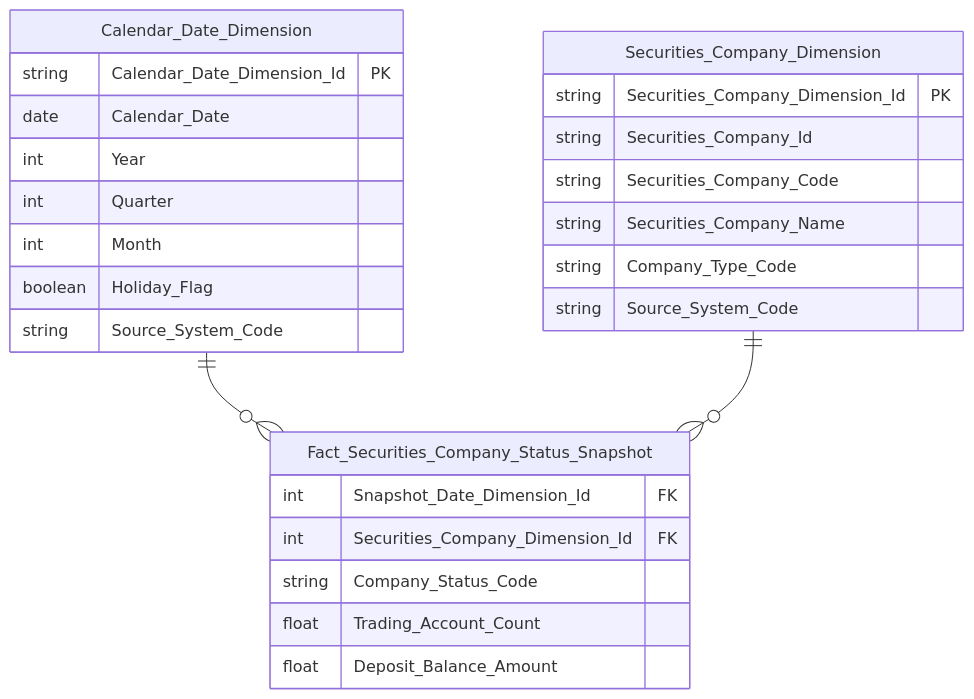
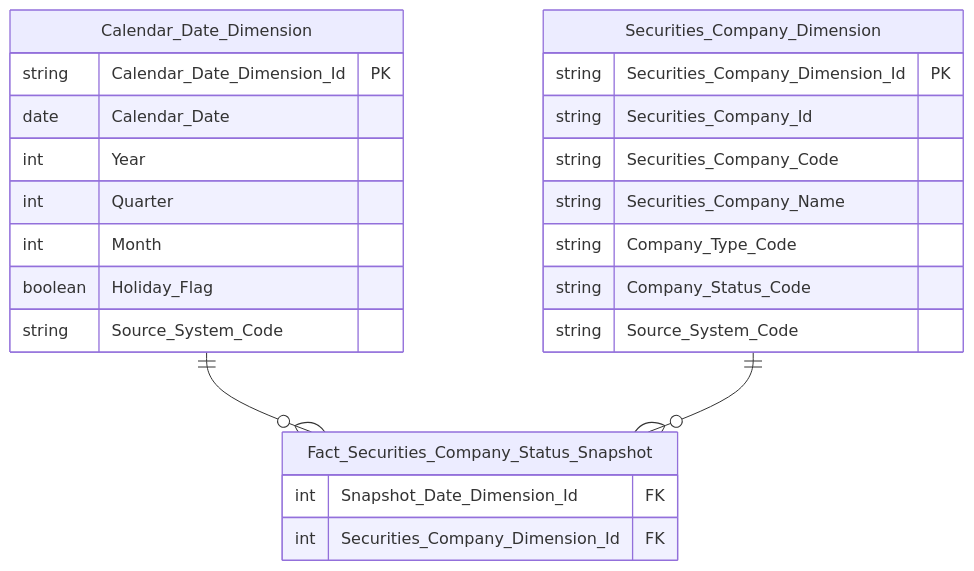
One commit to linhlvit/ubck_atomic_design changed diagram 19 of 30 in Datamart/hld/DTM_QLKD_HLD.md. Above: the diagram before and after it, drawn with Mermaid. The commit also changed other lines of this file and 35 other files, not shown here.

````diff
--- a/Datamart/hld/DTM_QLKD_HLD.md
+++ b/Datamart/hld/DTM_QLKD_HLD.md
@@ -729,32 +792,30 @@
 ```mermaid
 erDiagram
     Fact_Securities_Company_Status_Snapshot {
         int Snapshot_Date_Dimension_Id FK
         int Securities_Company_Dimension_Id FK
-        string Company_Status_Code
-        float Trading_Account_Count
-        float Deposit_Balance_Amount
     }
 
     Securities_Company_Dimension {
         string Securities_Company_Dimension_Id PK
         string Securities_Company_Id
         string Securities_Company_Code
         string Securities_Company_Name
         string Company_Type_Code
+        string Company_Status_Code
         string Source_System_Code
     }
 
     Calendar_Date_Dimension {
         string Calendar_Date_Dimension_Id PK
         date Calendar_Date
         int Year
         int Quarter
         int Month
         boolean Holiday_Flag
         string Source_System_Code
     }
 
     Calendar_Date_Dimension ||--o{ Fact_Securities_Company_Status_Snapshot : " "
     Securities_Company_Dimension ||--o{ Fact_Securities_Company_Status_Snapshot : " "
 ```
````
